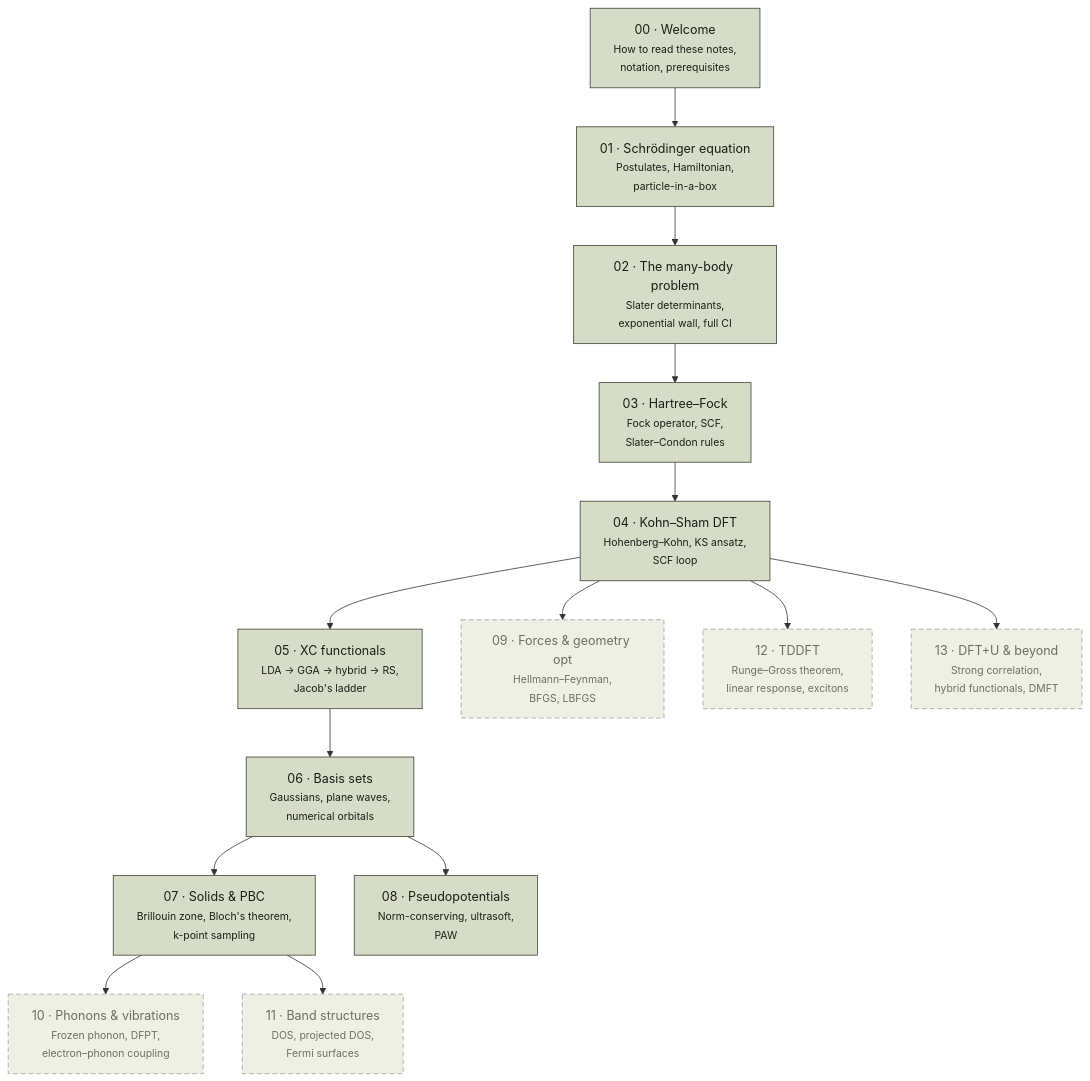
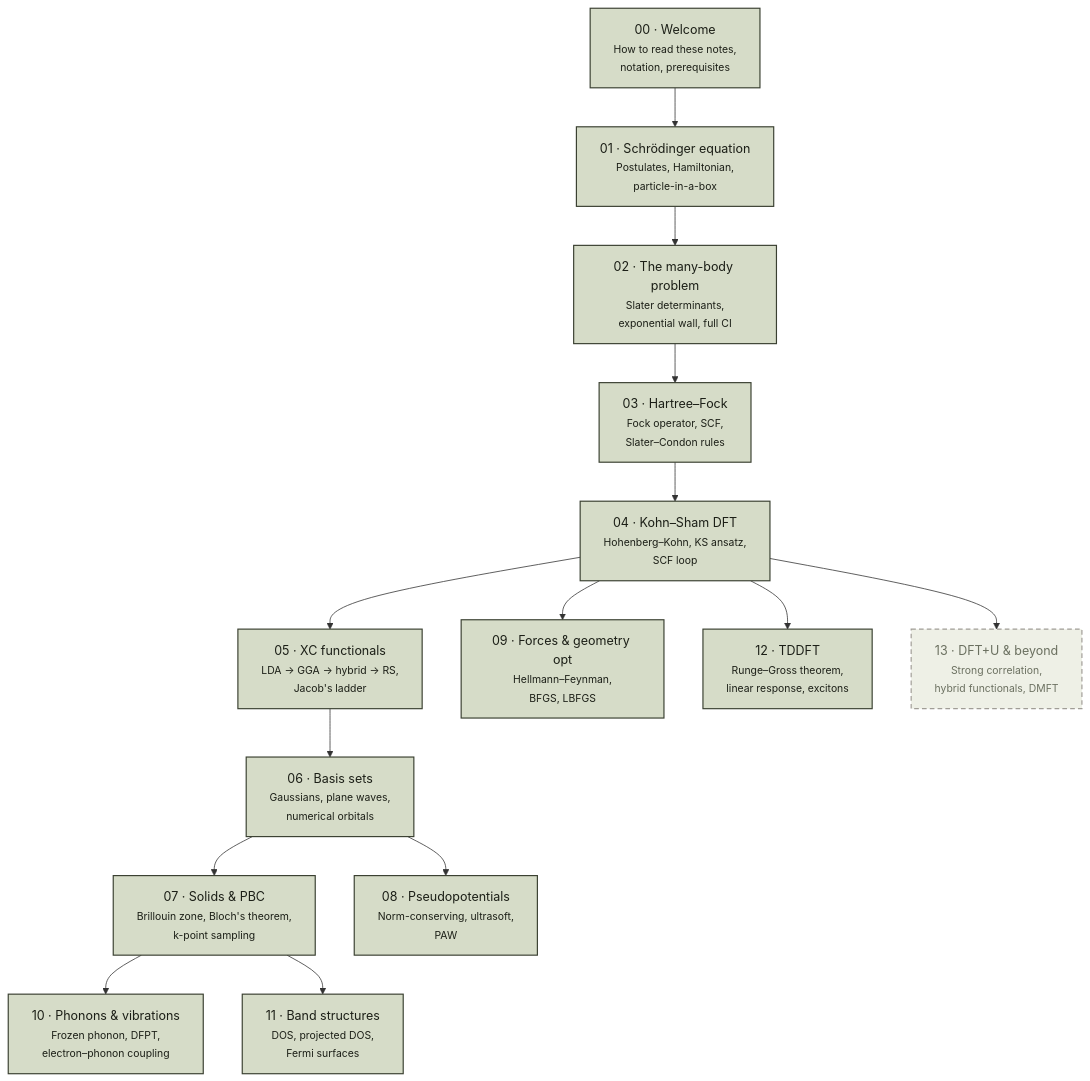
Before and after one commit to Shuvam-Banerji-Seal/DFT-notes: the diagram in dft_notes/chapters-map.md, drawn with Mermaid. The commit also changed other lines of this file and 29 other files, not shown here.

First line of the commit message:
Enrich chapters 00-08 + add chapters 09-12 + extras/ + mermaid class fix

````diff
--- a/dft_notes/chapters-map.md
+++ b/dft_notes/chapters-map.md
@@ -21,37 +21,52 @@
 ```mermaid
 %%{init: {'flowchart': {'htmlLabels': true, 'curve': 'basis'}}}%%
 graph TD
   C00["00 · Welcome<br/><small>How to read these notes,<br/>notation, prerequisites</small>"]
   C01["01 · Schrödinger equation<br/><small>Postulates, Hamiltonian,<br/>particle-in-a-box</small>"]
   C02["02 · The many-body problem<br/><small>Slater determinants,<br/>exponential wall, full CI</small>"]
   C03["03 · Hartree–Fock<br/><small>Fock operator, SCF,<br/>Slater–Condon rules</small>"]
   C04["04 · Kohn–Sham DFT<br/><small>Hohenberg–Kohn, KS ansatz,<br/>SCF loop</small>"]
   C05["05 · XC functionals<br/><small>LDA → GGA → hybrid → RS,<br/>Jacob's ladder</small>"]
   C06["06 · Basis sets<br/><small>Gaussians, plane waves,<br/>numerical orbitals</small>"]
   C07["07 · Solids & PBC<br/><small>Brillouin zone, Bloch's theorem,<br/>k-point sampling</small>"]
   C08["08 · Pseudopotentials<br/><small>Norm-conserving, ultrasoft,<br/>PAW</small>"]
   C09["09 · Forces & geometry opt<br/><small>Hellmann–Feynman,<br/>BFGS, LBFGS</small>"]
   C10["10 · Phonons & vibrations<br/><small>Frozen phonon, DFPT,<br/>electron–phonon coupling</small>"]
   C11["11 · Band structures<br/><small>DOS, projected DOS,<br/>Fermi surfaces</small>"]
   C12["12 · TDDFT<br/><small>Runge–Gross theorem,<br/>linear response, excitons</small>"]
   C13["13 · DFT+U & beyond<br/><small>Strong correlation,<br/>hybrid functionals, DMFT</small>"]
 
   C00 --> C01
   C01 --> C02
   C02 --> C03
   C03 --> C04
   C04 --> C05
   C05 --> C06
   C06 --> C07
   C06 --> C08
   C04 --> C09
   C07 --> C10
   C07 --> C11
   C04 --> C12
   C04 --> C13
 
-  classDef planned stroke-dasharray: 6 4,stroke:#a09d96,fill:#eef0e6,color:#6b7060;
-  classDef shipped fill:#d6dcc8,stroke:#3a4031,color:#1c1f17;
-  class C00,C01,C02,C03,C04,C05,C06,C07,C08 shipped;
-  class C09,C10,C11,C12,C13 planned;
+  classDef shipped fill:#d6dcc8,stroke:#3a4031,color:#1c1f17,stroke-width:1.5px;
+  classDef planned stroke-dasharray: 6 4,stroke:#a09d96,fill:#eef0e6,color:#6b7060,stroke-width:1.5px;
+  class C00,C01,C02,C03,C04,C05,C06,C07,C08,C09,C10,C11,C12 shipped;
+  class C13 planned;
+
+  click C00 "javascript:void(0)" "How to read these notes, the notation table, and the prerequisites for the DFT Notes series."
+  click C01 "javascript:void(0)" "The postulates of quantum mechanics, the electronic Hamiltonian, and a worked particle-in-a-box derivation."
+  click C02 "javascript:void(0)" "Why a single Slater determinant is not enough, the exponential wall, and the full-CI limit."
+  click C03 "javascript:void(0)" "Mean-field theory, the Fock operator, the SCF loop, and the Slater–Condon rules for matrix elements."
+  click C04 "javascript:void(0)" "Hohenberg–Kohn existence theorem, the Kohn–Sham ansatz, and the practical KS SCF loop."
+  click C05 "javascript:void(0)" "Jacob's ladder: LDA, GGA, meta-GGA, hybrid, and range-separated functionals."
+  click C06 "javascript:void(0)" "Gaussian-type orbitals, plane waves, real-space grids, and the Roothaan–Hall equations."
+  click C07 "javascript:void(0)" "Bloch's theorem, the Brillouin zone, plane-wave cutoffs, and Monkhorst–Pack k-point sampling."
+  click C08 "javascript:void(0)" "Norm-conserving, ultrasoft, and PAW pseudopotentials — construction, transferability, and validation."
+  click C09 "javascript:void(0)" "Hellmann–Feynman theorem, BFGS and LBFGS optimisers, and convergence criteria for forces and displacements."
+  click C10 "javascript:void(0)" "Frozen-phonon supercells, density-functional perturbation theory, and electron–phonon coupling."
+  click C11 "javascript:void(0)" "Density of states, projected DOS, band-structure plots, and Fermi-surface visualisation."
+  click C12 "javascript:void(0)" "Runge–Gross theorem, linear-response TDDFT, the Casida equations, and excitons."
+  click C13 "javascript:void(0)" "DFT+U for strong correlation, hybrid functionals revisited, and a DMFT outlook. (Planned.)"
 ```
````
